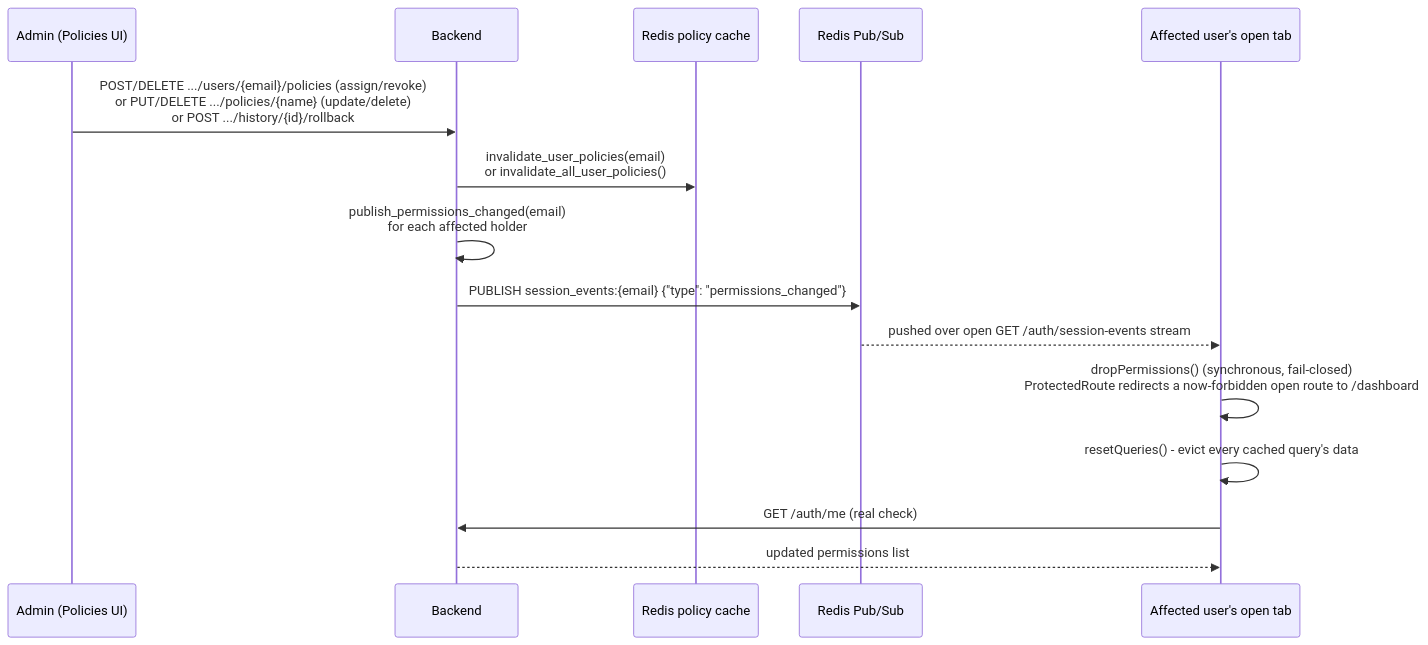
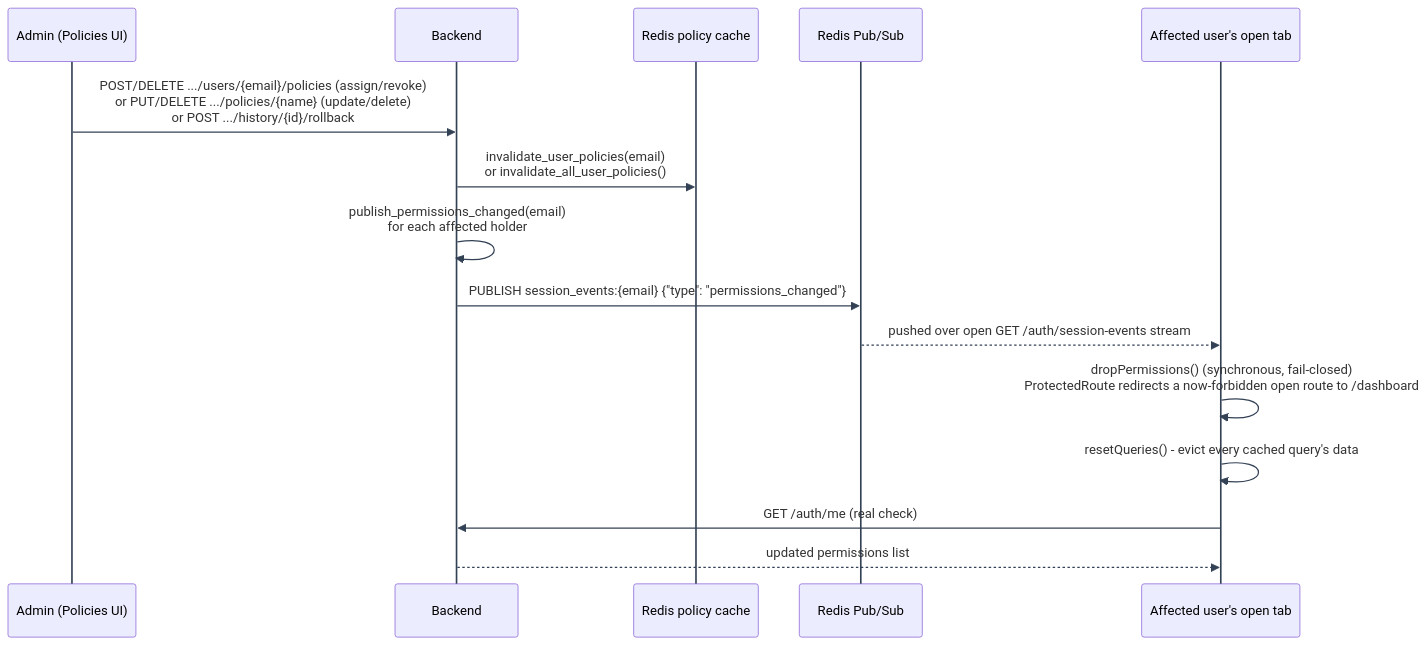
The second of 3 diagrams in docs/mystic_auth/authorization/architecture.md (Nachiket-2024/mystic-auth), drawn with Mermaid before and after one commit. The commit also changed other lines of this file and 630 other files, not shown here.

````diff
--- a/docs/mystic_auth/authorization/architecture.md
+++ b/docs/mystic_auth/authorization/architecture.md
@@ -107,18 +134,19 @@
 ```mermaid
+%%{init: {"themeVariables": {"lineColor": "#334155", "signalColor": "#334155", "actorLineColor": "#334155", "activationBorderColor": "#334155", "labelBoxBorderColor": "#334155", "labelBoxBkgColor": "#e2e8f0", "noteBorderColor": "#334155"}, "themeCSS": ".messageLine0, .messageLine1 { stroke-width: 2px !important; }"} }%%
 sequenceDiagram
     participant Admin as Admin (Policies UI)
     participant API as Backend
     participant Cache as Redis policy cache
     participant PubSub as Redis Pub/Sub
     participant Tab as Affected user's open tab
 
-    Admin->>API: POST/DELETE .../users/{email}/policies (assign/revoke)<br/>or PUT/DELETE .../policies/{name} (update/delete)<br/>or POST .../history/{id}/rollback
-    API->>Cache: invalidate_user_policies(email)<br/>or invalidate_all_user_policies()
-    API->>API: publish_permissions_changed(email)<br/>for each affected holder
+    Admin->>API: POST/DELETE .../users/{email}/policies (assign/revoke)<br/> or PUT/DELETE .../policies/{name} (update/delete)<br/> or POST .../history/{id}/rollback
+    API->>Cache: invalidate_user_policies(email)<br/> or invalidate_all_user_policies()
+    API->>API: publish_permissions_changed(email)<br/> for each affected holder
     API->>PubSub: PUBLISH session_events:{email} {"type": "permissions_changed"}
     PubSub-->>Tab: pushed over open GET /auth/session-events stream
-    Tab->>Tab: dropPermissions() (synchronous, fail-closed)<br/>ProtectedRoute redirects a now-forbidden open route to /dashboard
+    Tab->>Tab: dropPermissions() (synchronous, fail-closed)<br/> ProtectedRoute redirects a now-forbidden open route to /dashboard
     Tab->>Tab: resetQueries() - evict every cached query's data
     Tab->>API: GET /auth/me (real check)
     API-->>Tab: updated permissions list
 ```
````
